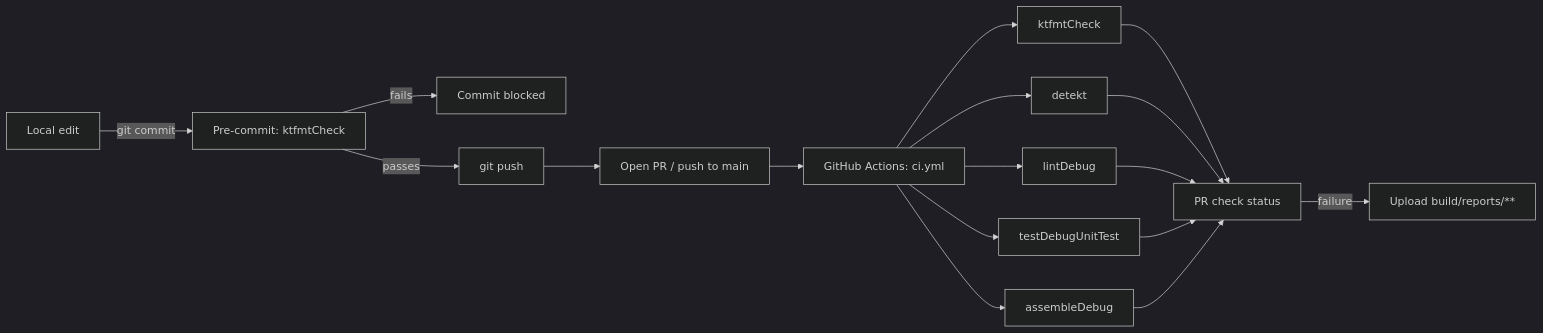
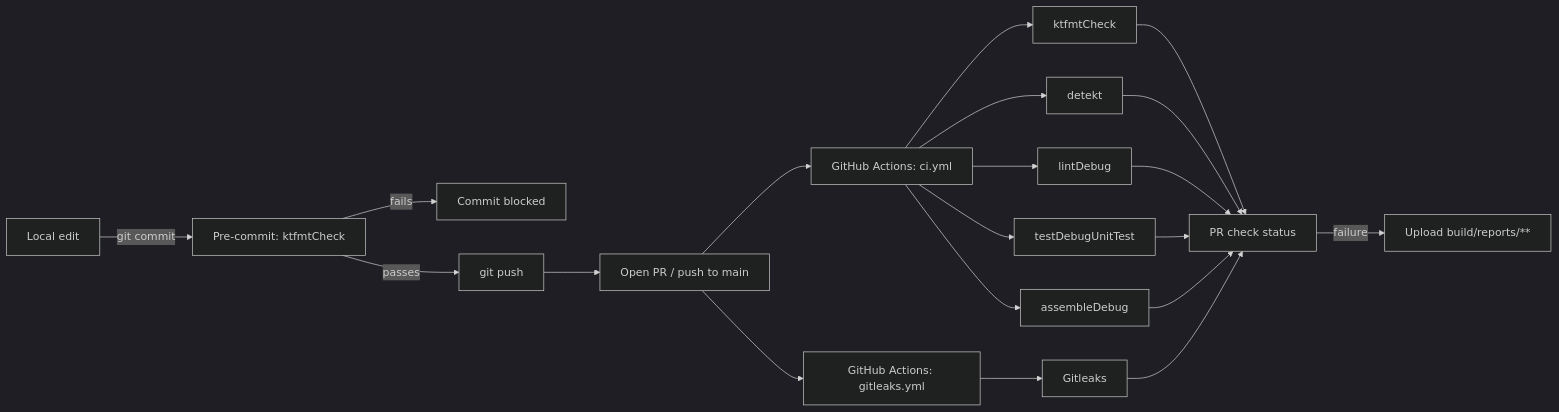
Before and after one commit to AgoraSecurity/luna: the diagram in docs/ci-cd.md, drawn with Mermaid (dark theme). The commit also changed other lines of this file and 1 other file, not shown here.

Commit message:
add gitleaks

````diff
--- a/docs/ci-cd.md
+++ b/docs/ci-cd.md
@@ -7,15 +7,17 @@
 ```mermaid
 flowchart LR
   Dev[Local edit] -->|git commit| Hook[Pre-commit: ktfmtCheck]
   Hook -->|fails| Block[Commit blocked]
   Hook -->|passes| Push[git push]
   Push --> PR[Open PR / push to main]
   PR --> CI[GitHub Actions: ci.yml]
+  PR --> Scan[GitHub Actions: gitleaks.yml]
   CI --> Fmt[ktfmtCheck]
   CI --> Det[detekt]
   CI --> Lint[lintDebug]
   CI --> Test[testDebugUnitTest]
   CI --> Asm[assembleDebug]
-  Fmt & Det & Lint & Test & Asm --> Result[PR check status]
+  Scan --> Secrets[Gitleaks]
+  Fmt & Det & Lint & Test & Asm & Secrets --> Result[PR check status]
   Result -->|failure| Artifacts[Upload build/reports/**]
 ```
````
